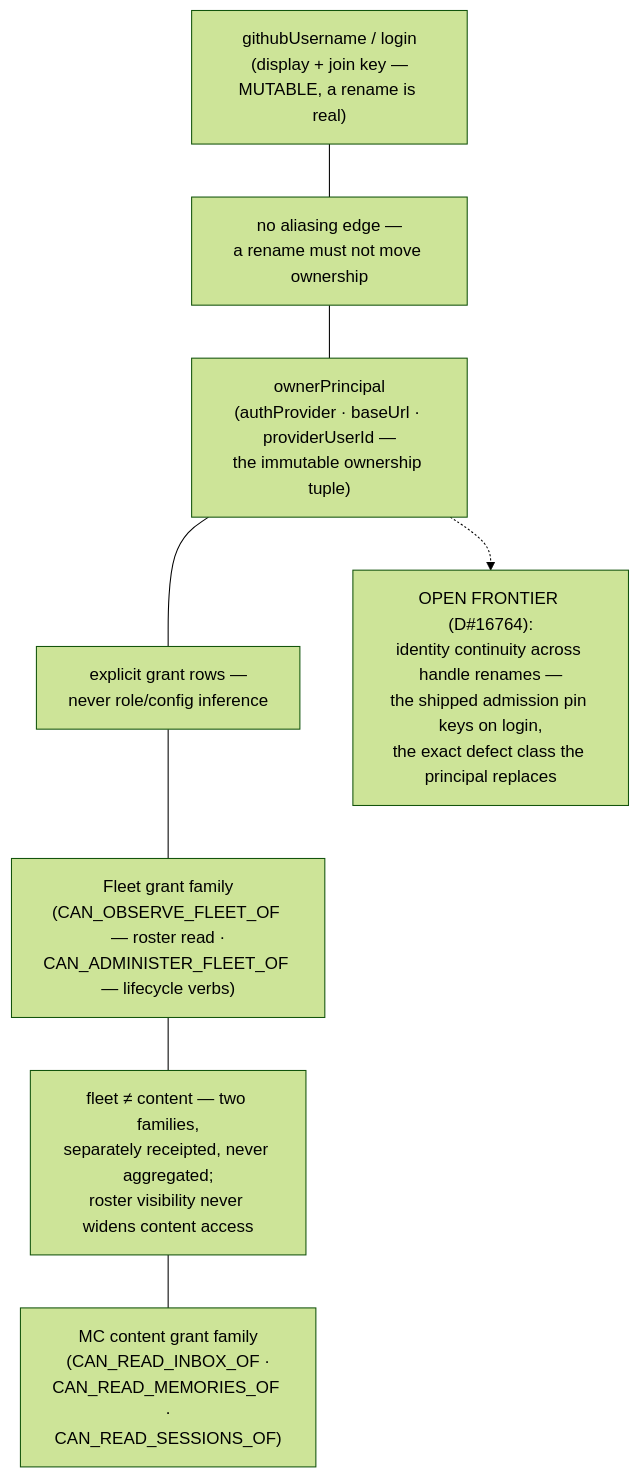
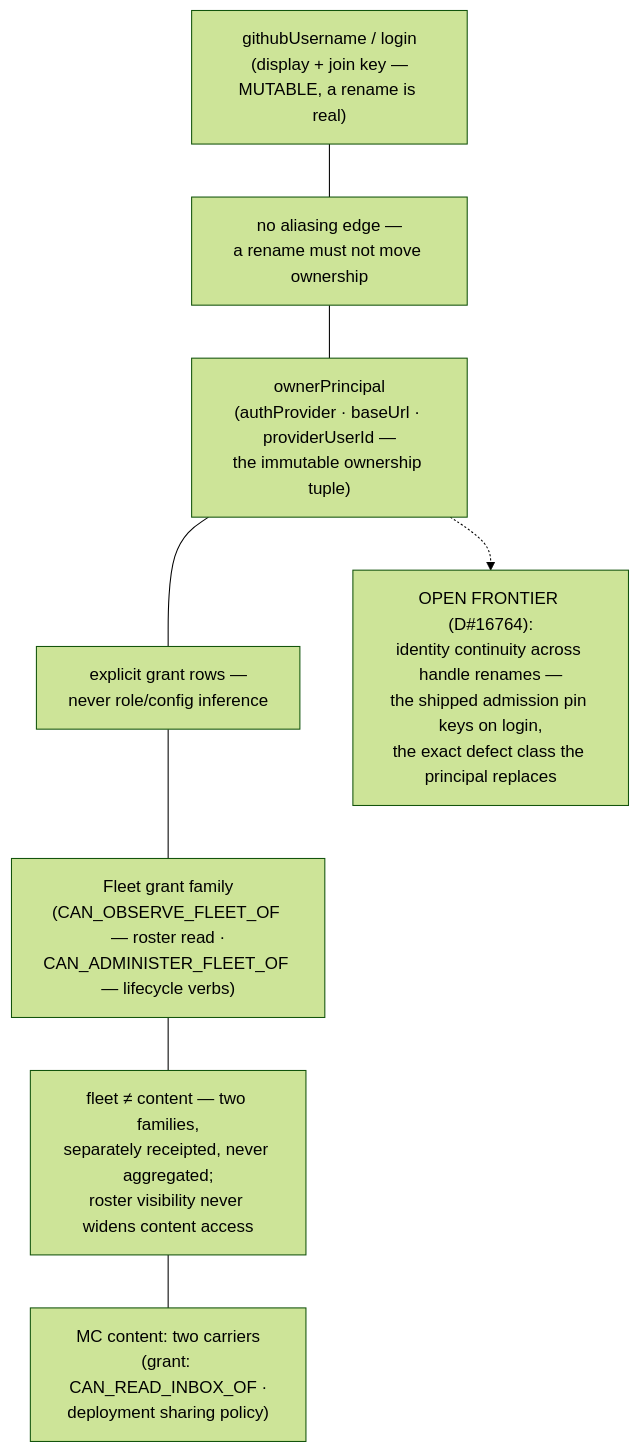
Before and after one commit to neomjs/neo: the third of 6 diagrams in learn/agentos/FleetManagerArchitecture.md, drawn with Mermaid (forest theme). The commit also changed other lines of this file and 1 other file, not shown here.

First line of the commit message:
docs(fleet): ADR 0038 records the deployment content policy beside the content grants (#19451) (#19453)

````diff
--- a/learn/agentos/FleetManagerArchitecture.md
+++ b/learn/agentos/FleetManagerArchitecture.md
@@ -94,18 +94,18 @@
 ```mermaid
 flowchart TD
     Login["githubUsername / login<br/>(display + join key —<br/>MUTABLE, a rename is real)"]
     Owner["ownerPrincipal<br/>(authProvider · baseUrl · providerUserId —<br/>the immutable ownership tuple)"]
     FGrants["Fleet grant family<br/>(CAN_OBSERVE_FLEET_OF — roster read ·<br/>CAN_ADMINISTER_FLEET_OF — lifecycle verbs)"]
-    CGrants["MC content grant family<br/>(CAN_READ_INBOX_OF ·<br/>CAN_READ_MEMORIES_OF ·<br/>CAN_READ_SESSIONS_OF)"]
+    CGrants["MC content: two carriers<br/>(grant: CAN_READ_INBOX_OF ·<br/>deployment sharing policy)"]
 
     Login --- Sep1["no aliasing edge —<br/>a rename must not move ownership"]
     Sep1 --- Owner
     Owner --- Sep2["explicit grant rows —<br/>never role/config inference"]
     Sep2 --- FGrants
     FGrants --- Sep3["fleet ≠ content — two families,<br/>separately receipted, never aggregated;<br/>roster visibility never widens content access"]
     Sep3 --- CGrants
 
     Frontier["OPEN FRONTIER (D#16764):<br/>identity continuity across handle renames —<br/>the shipped admission pin keys on login,<br/>the exact defect class the principal replaces"]
 
     Owner -.-> Frontier
 ```
````
